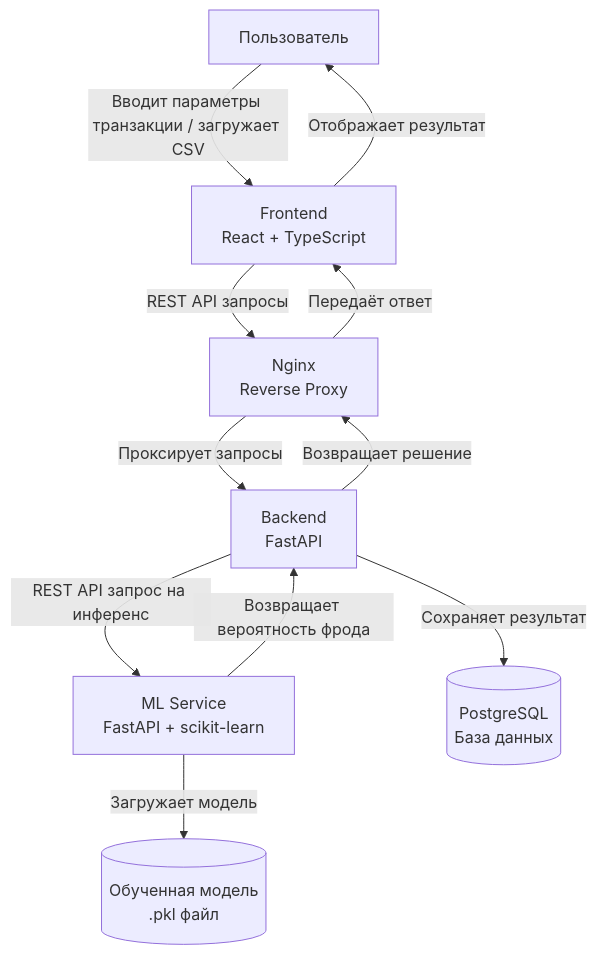
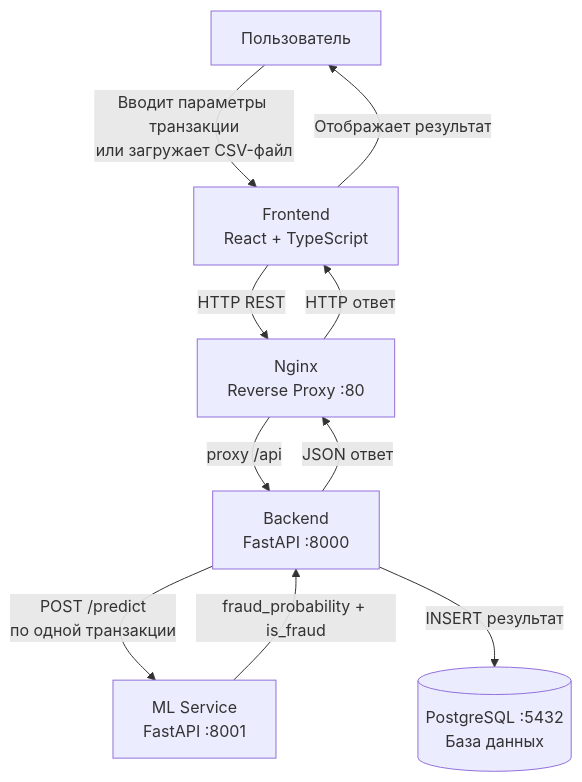
Before and after one commit to Sypoo1/mtuci-piis: the first of 2 diagrams in docs/lab1.md, drawn with Mermaid. The commit also changed other lines of this file, not shown here.

````diff
--- a/docs/lab1.md
+++ b/docs/lab1.md
@@ -131,13 +131,12 @@
 ```mermaid
 graph TD
-    User[Пользователь] -->|Вводит параметры транзакции / загружает CSV| Frontend
-    Frontend[Frontend\nReact + TypeScript] -->|REST API запросы| Nginx
-    Nginx[Nginx\nReverse Proxy] -->|Проксирует запросы| Backend
-    Backend[Backend\nFastAPI] -->|REST API запрос на инференс| MLService
-    MLService[ML Service\nFastAPI + scikit-learn] -->|Загружает модель| MLModel[(Обученная модель\n.pkl файл)]
-    MLService -->|Возвращает вероятность фрода| Backend
-    Backend -->|Сохраняет результат| DB[(PostgreSQL\nБаза данных)]
-    Backend -->|Возвращает решение| Nginx
-    Nginx -->|Передаёт ответ| Frontend
+    User[Пользователь] -->|Вводит параметры транзакции\nили загружает CSV-файл| Frontend
+    Frontend[Frontend\nReact + TypeScript] -->|HTTP REST| Nginx
+    Nginx[Nginx\nReverse Proxy :80] -->|proxy /api| Backend
+    Backend[Backend\nFastAPI :8000] -->|POST /predict\nпо одной транзакции| MLService
+    MLService[ML Service\nFastAPI :8001] -->|fraud_probability + is_fraud| Backend
+    Backend -->|INSERT результат| DB[(PostgreSQL :5432\nБаза данных)]
+    Backend -->|JSON ответ| Nginx
+    Nginx -->|HTTP ответ| Frontend
     Frontend -->|Отображает результат| User
 ```
````
